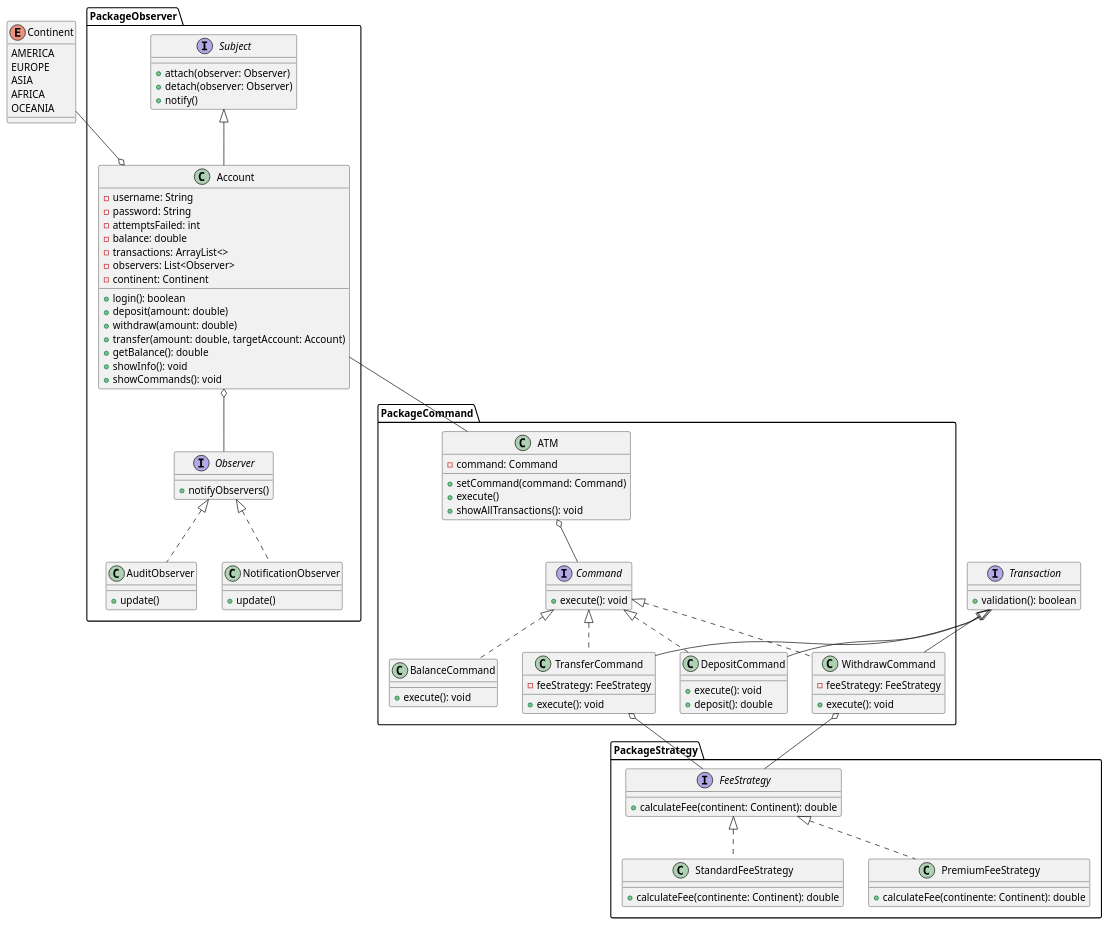
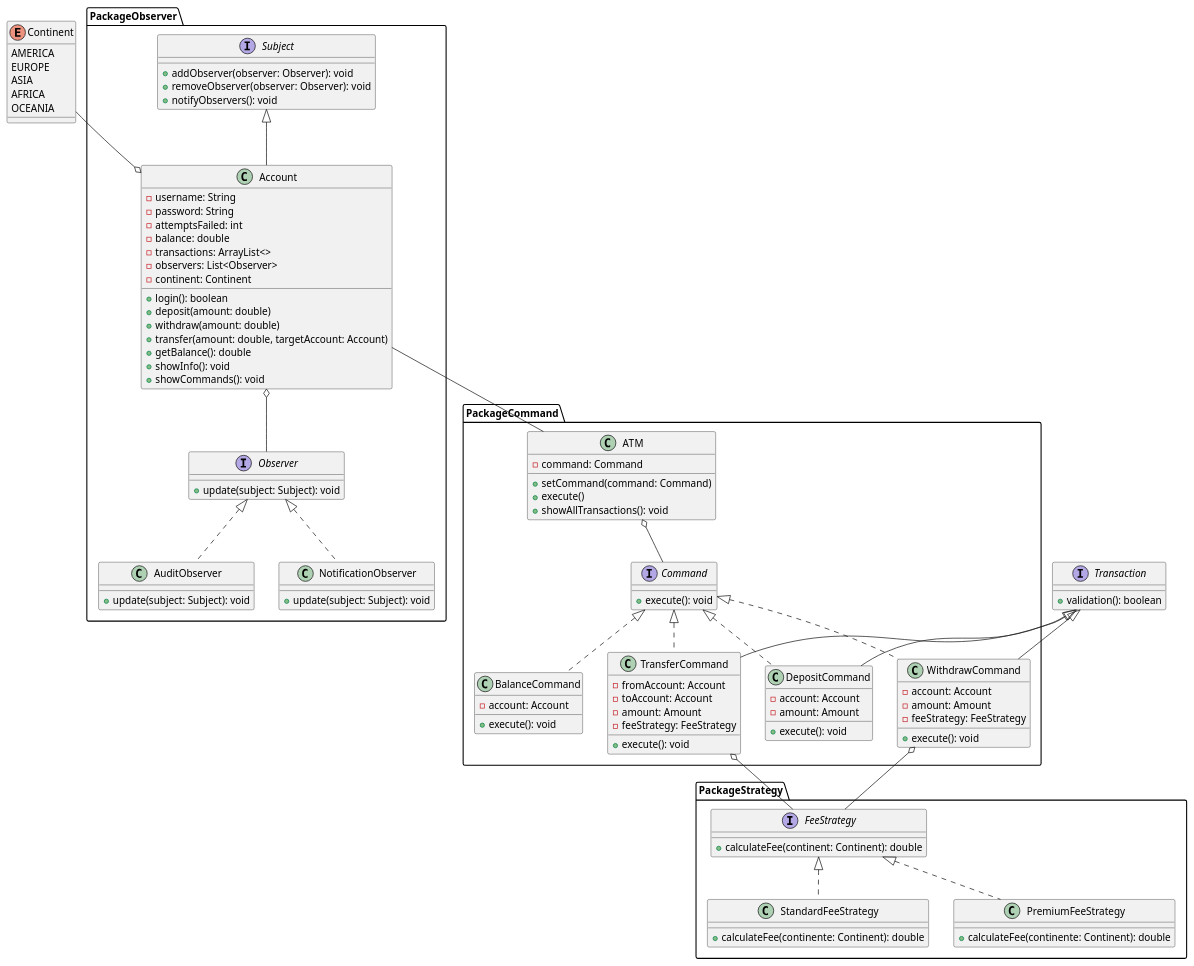
Before and after one commit to andresguti17/CajeroAutomatico: the diagram in Diagramas/Clases/ATM.wsd, drawn with PlantUML. The commit also changed 3 other files, not shown here.

```diff
--- a/Diagramas/Clases/ATM.wsd
+++ b/Diagramas/Clases/ATM.wsd
@@ -1,131 +1,140 @@
 @startuml
 
 package PackageCommand {
     class ATM {
         - command: Command
 
         + setCommand(command: Command)
         + execute()
         + showAllTransactions(): void
     }
 
     interface   Command {
         + execute(): void
     }
 
     class    WithdrawCommand {
+        - account: Account
+        - amount: Amount
         - feeStrategy: FeeStrategy
 
         + execute(): void
     }
 
     class    TransferCommand {
+        - fromAccount: Account
+        - toAccount: Account
+        - amount: Amount
         - feeStrategy: FeeStrategy
 
         + execute(): void
     }
 
     class    DepositCommand {
+        - account: Account
+        - amount: Amount
+
         + execute(): void
-        + deposit(): double
     }
 
     class    BalanceCommand {
+        - account: Account
+
         + execute(): void
     }
 
     Command <|.. WithdrawCommand
     Command <|.. DepositCommand
     Command <|.. TransferCommand
     Command <|.. BalanceCommand
 
 }
 
 package PackageStrategy {
 
     interface   FeeStrategy {
         + calculateFee(continent: Continent): double
     }
 
     class    StandardFeeStrategy {
         + calculateFee(continente: Continent): double
     }
 
     class    PremiumFeeStrategy {
         + calculateFee(continente: Continent): double
     }
 
     FeeStrategy <|.. StandardFeeStrategy
     FeeStrategy <|.. PremiumFeeStrategy
 }
 
 package PackageObserver {
 
     interface  Subject {
-        + attach(observer: Observer)
-        + detach(observer: Observer)
-        + notify()
+        + addObserver(observer: Observer): void
+        + removeObserver(observer: Observer): void
+        + notifyObservers(): void
     }
 
     class Account {
         - username: String
         - password: String
         - attemptsFailed: int
         - balance: double
         - transactions: ArrayList<>
         - observers: List<Observer>
         - continent: Continent
 
         + login(): boolean
         + deposit(amount: double)
         + withdraw(amount: double)
         + transfer(amount: double, targetAccount: Account)
         + getBalance(): double
         + showInfo(): void
         + showCommands(): void
     }
 
     interface    Observer {
-        + notifyObservers()
+        + update(subject: Subject): void
     }
 
     class    AuditObserver {
-        + update()
+        + update(subject: Subject): void
     }
 
     class    NotificationObserver {
-        + update()
+        + update(subject: Subject): void
     }
 
     Observer <|.. AuditObserver
     Observer <|.. NotificationObserver
 }
 
 enum Continent {
     AMERICA
     EUROPE
     ASIA
     AFRICA
     OCEANIA
 }
 
 interface Transaction {
     + validation(): boolean
 }
 
 Continent --o Account
 Transaction <|-- WithdrawCommand
 Transaction <|-- DepositCommand
 Transaction <|-- TransferCommand
 
 ATM o-- Command
 
 WithdrawCommand o-- FeeStrategy
 TransferCommand o-- FeeStrategy
 
 Account o-- Observer
 Subject <|-- Account
 
 Account -- ATM
 
 @enduml
```
